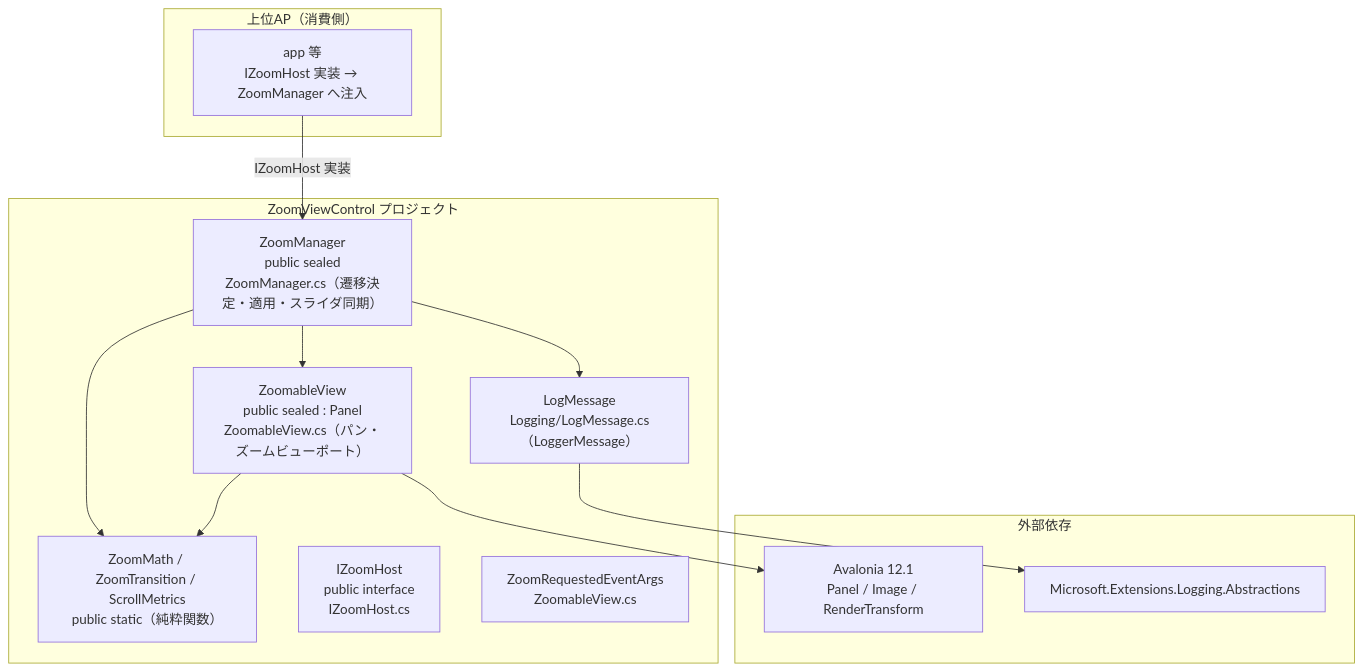
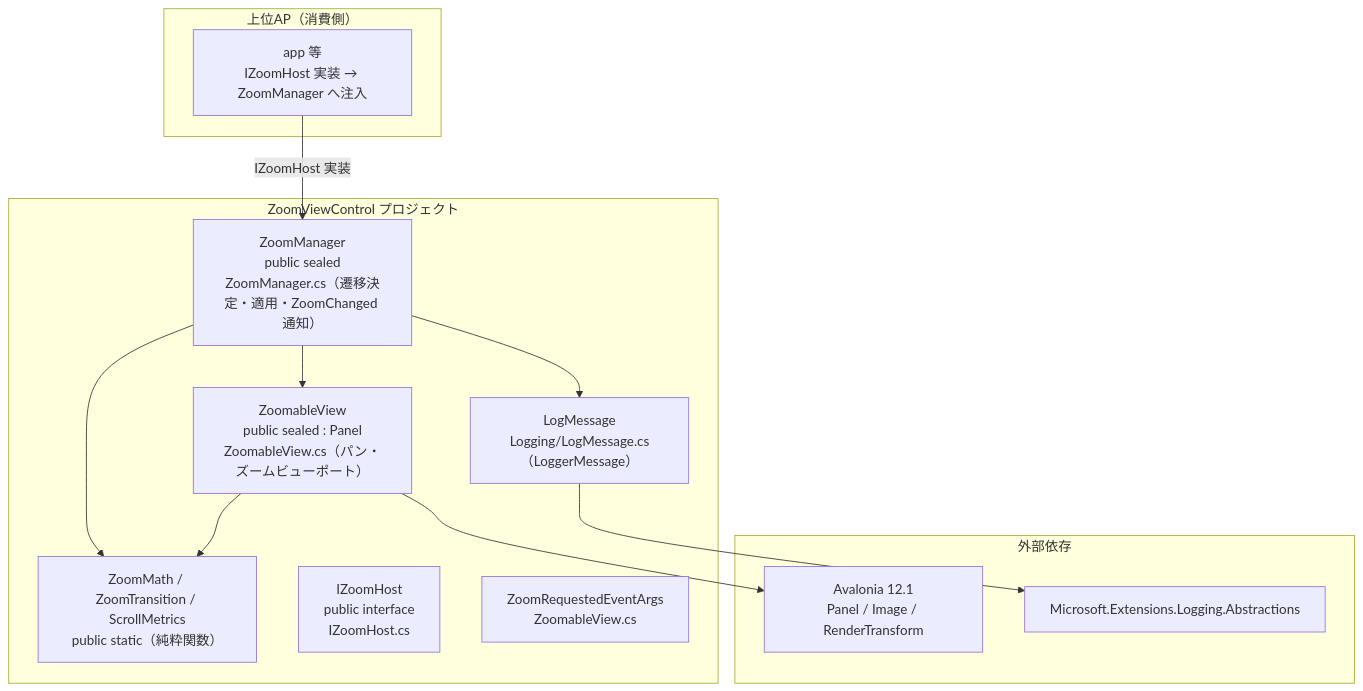
Before and after one commit to tomokuni/SaveEvidence: the diagram in src/ZoomViewControl/SPEC_System.md, drawn with Mermaid. The commit also changed other lines of this file and 27 other files, not shown here.

````diff
--- a/src/ZoomViewControl/SPEC_System.md
+++ b/src/ZoomViewControl/SPEC_System.md
@@ -78,26 +78,26 @@
 ```mermaid
 flowchart TB
     subgraph ZVC["ZoomViewControl プロジェクト"]
-        ZM["ZoomManager<br/>public sealed<br/>ZoomManager.cs（遷移決定・適用・スライダ同期）"]
+        ZM["ZoomManager<br/>public sealed<br/>ZoomManager.cs（遷移決定・適用・ZoomChanged 通知）"]
         ZV["ZoomableView<br/>public sealed : Panel<br/>ZoomableView.cs（パン・ズームビューポート）"]
         PF["ZoomMath / ZoomTransition / ScrollMetrics<br/>public static（純粋関数）"]
         IH["IZoomHost<br/>public interface<br/>IZoomHost.cs"]
         EV["ZoomRequestedEventArgs<br/>ZoomableView.cs"]
         LG["LogMessage<br/>Logging/LogMessage.cs（LoggerMessage）"]
     end
     subgraph Host["上位AP（消費側）"]
         AP["app 等<br/>IZoomHost 実装 → ZoomManager へ注入"]
     end
     subgraph Dep["外部依存"]
         AV["Avalonia 12.1<br/>Panel / Image / RenderTransform"]
         LGAB["Microsoft.Extensions.Logging.Abstractions"]
     end
 
     AP -->|IZoomHost 実装| ZM
     ZM --> ZV
     ZM --> PF
     ZV --> PF
     ZM --> LG
     ZV --> AV
     LG --> LGAB
 ```
````
